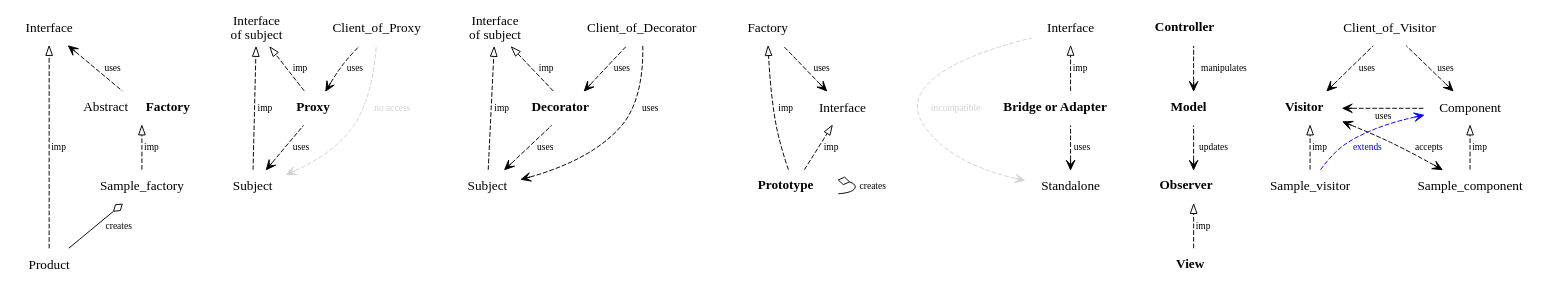
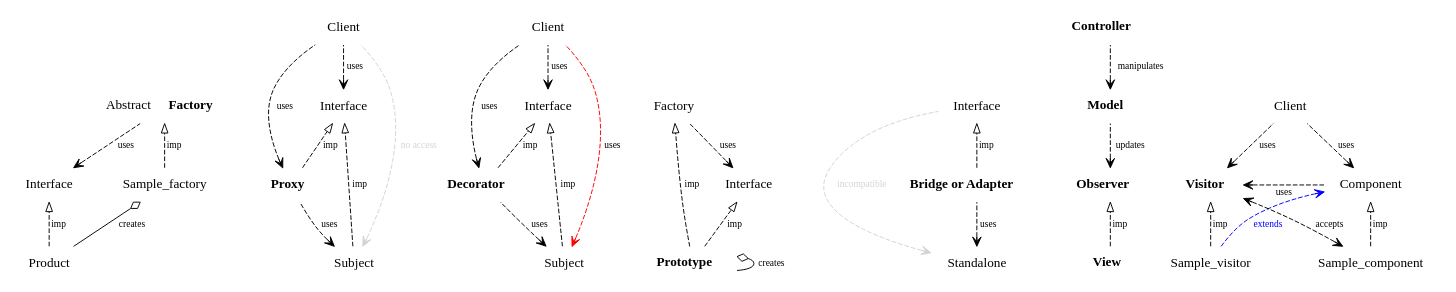
The diagram in cpp/patterns.dot (makelinux/examples), drawn with Graphviz before and after one commit.

```diff
--- a/cpp/patterns.dot
+++ b/cpp/patterns.dot
@@ -1,69 +1,73 @@
 digraph G {
 	rankdir="BT"
 	node [shape=plaintext];
-	{ rank=max Interface }
 	edge [fontsize=10 _fontcolor=darkgray]
 	// Inheritance
 	edge [label=inh arrowhead=onormal];
 
 	// Implementation
 	edge [label=imp weight=1000 arrowhead=onormal style=dashed];
 	Product -> Interface;
 	Factory [label=<Abstract <b>Factory</b>>]
 	Sample_factory -> Factory;
 	Proxy [label=<<b>Proxy</b>>]
-	{ Subject Proxy } -> Common_interface
+	{ Subject Proxy } -> Proxy_interface
 	Decorator [label=<<b>Decorator</b>>]
 	Subject_of_Decorator [label=Subject]
-	{ Decorator Subject_of_Decorator} -> Decorator_Interface
-	Common_interface [label="Interface\nof subject"]
-	Decorator_Interface [label="Interface\nof subject"]
+	{ Decorator Subject_of_Decorator} -> Decorator_interface
+	Proxy_interface [label="Interface"]
+	Decorator_interface [label="Interface"]
 	Factory_of_prototype [label=Factory]
 	Interface_of_prototype [label=Interface]
 	Prototype -> { Factory_of_prototype Interface_of_prototype}
 	Prototype [label=<<b>Prototype</b>>]
 	Bridge_interface [label=Interface]
 	Bridge [label=<<b>Bridge or Adapter</b>>]
 	Bridge -> Bridge_interface
 	Observer [label=<<b>Observer</b>>]
 	View [label=<<b>View</b>>]
 	Model [label=<<b>Model</b>>]
 	Controller [label=<<b>Controller</b>>]
 	View -> Observer
 
 	Visitor [label=<<b>Visitor</b>>]
 	rank = same { Component  Visitor }
 	//Component [rank=min]
 	Sample_visitor -> Visitor
 	Sample_component -> Component
 
 	// Aggregation
 	edge [label=agg weight=1 arrowtail=odiamond dir=back style=""]
 
 	edge [label=creates dir="" arrowhead=odiamond]
 	Product -> Sample_factory
 	Prototype -> Prototype
 
 	// Dependencies
 	edge [label=uses weight=1 arrowhead=vee style=dashed dir="" ]
 
 	Component -> Visitor [weight=0]
 	Sample_component -> Visitor [label=accepts weight=0 dir=both arrowtail=vee _constraint=false]
 	Sample_visitor -> Component [label=extends color=blue fontcolor=blue]
 	//{Sample_visitor Sample_component } -> Client_of_Visitor [style=invis]
 	edge [label=uses weight=1 dir=back arrowtail=vee ]
+	Client_of_Decorator [label=Client]
 	Subject_of_Decorator -> Decorator -> Client_of_Decorator
-	{ Subject_of_Decorator } -> Client_of_Decorator
+	Decorator_interface -> Client_of_Decorator
+	{ Subject_of_Decorator } -> Client_of_Decorator [color=red]
+	Client_of_Visitor [label=Client]
 	{ Visitor Component  } -> Client_of_Visitor
 
 	Subject -> Proxy
+	Client_of_Proxy [label=Client]
 	Proxy -> Client_of_Proxy
+	Proxy_interface -> Client_of_Proxy
 	Model -> Controller [label=manipulates]
 	Interface -> Factory
 	Interface_of_prototype -> Factory_of_prototype
 	Standalone -> Bridge
 	Observer -> Model [label=updates]
 	edge [color=lightgray fontcolor=lightgray xweight=0  _constraint=false]
 	Subject -> Client_of_Proxy [label="no access"]
 	Standalone -> Bridge_interface [label="incompatible" constraint=false]
 }
```
